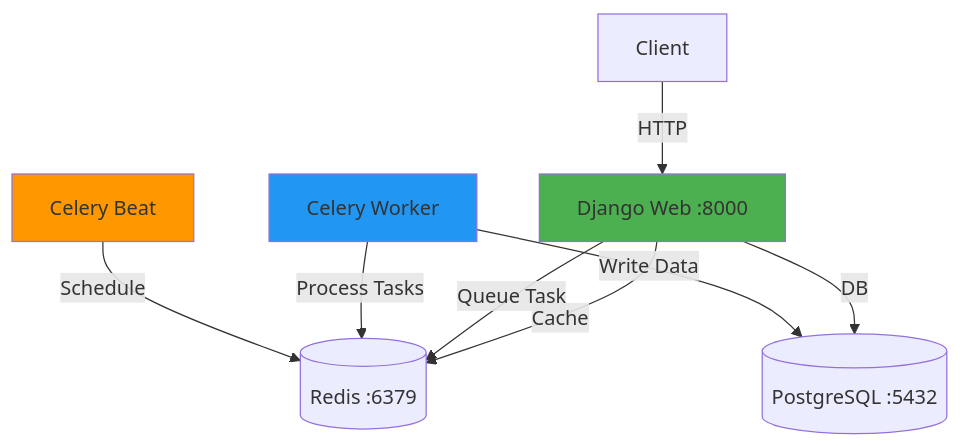
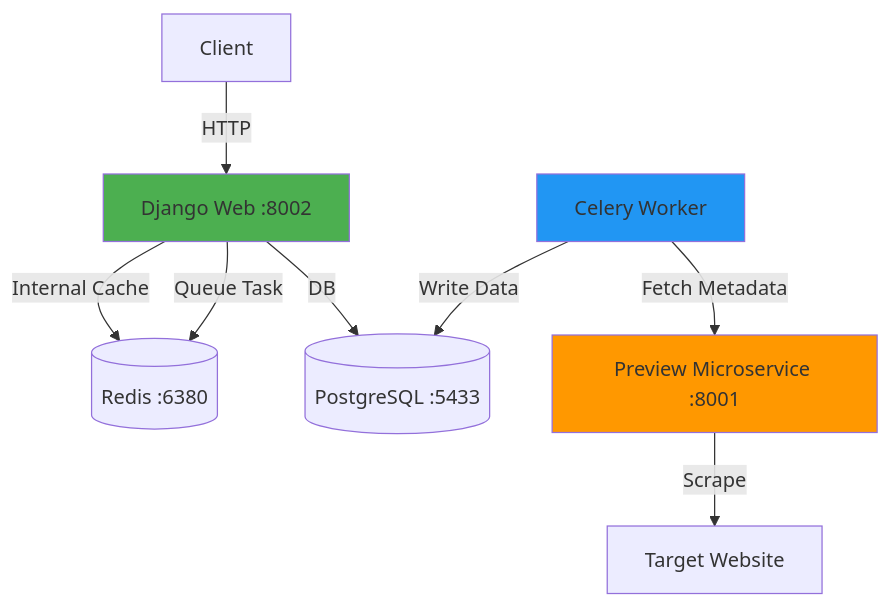
The diagram in module9/url/README.md (Ishimwediane/Labs), drawn with Mermaid before and after one commit. The commit also changed other lines of this file and 11 other files, not shown here.

````diff
--- a/module9/url/README.md
+++ b/module9/url/README.md
@@ -16,14 +17,14 @@
 ```mermaid
 graph TB
-    Client[Client] -->|HTTP| Web[Django Web :8000]
-    Web -->|Cache| Redis[(Redis :6379)]
-    Web -->|DB| Postgres[(PostgreSQL :5432)]
+    Client[Client] -->|HTTP| Web[Django Web :8002]
+    Web -->|Internal Cache| Redis[(Redis :6380)]
+    Web -->|DB| Postgres[(PostgreSQL :5433)]
     Web -->|Queue Task| Redis
-    Worker[Celery Worker] -->|Process Tasks| Redis
+    Worker[Celery Worker] -->|Fetch Metadata| Preview[Preview Microservice :8001]
     Worker -->|Write Data| Postgres
-    Beat[Celery Beat] -->|Schedule| Redis
+    Preview -->|Scrape| Target[Target Website]
     
     style Web fill:#4CAF50
     style Worker fill:#2196F3
-    style Beat fill:#FF9800
+    style Preview fill:#FF9800
 ```
````
